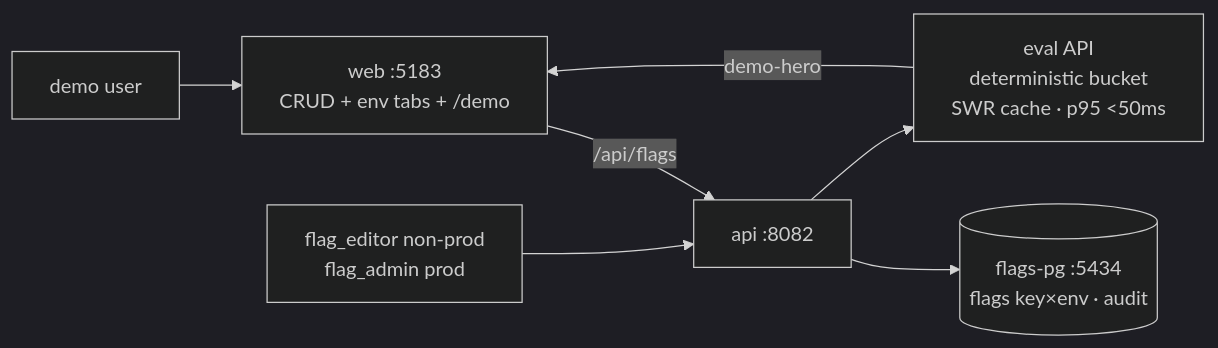
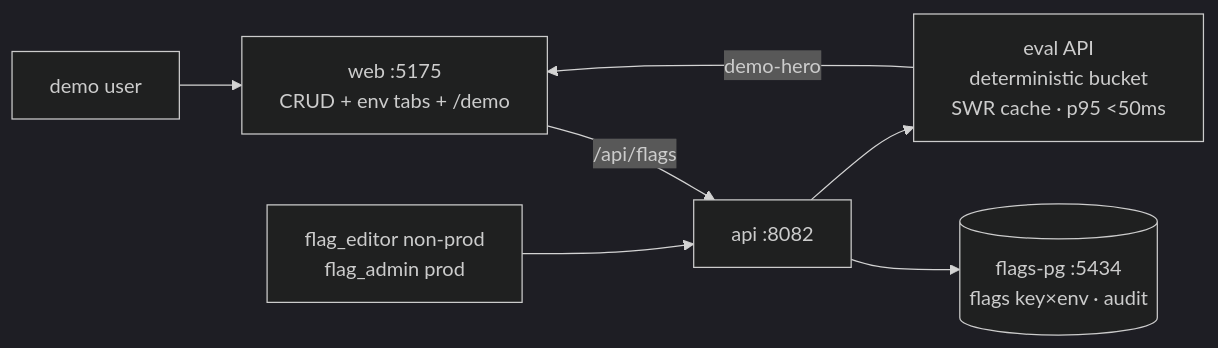
Before and after one commit to Kashyapa13/devin-projects: the fifth of 5 diagrams in internal-apps/README.md, drawn with Mermaid (dark theme). The commit also changed other lines of this file and 10 other files, not shown here.

````diff
--- a/internal-apps/README.md
+++ b/internal-apps/README.md
@@ -96,9 +96,9 @@
 ```mermaid
 flowchart LR
-    U[demo user] --> W[web :5183<br/>CRUD + env tabs + /demo]
+    U[demo user] --> W[web :5175<br/>CRUD + env tabs + /demo]
     W -->|/api/flags| A[api :8082]
     A --> DB[(flags-pg :5434<br/>flags key×env · audit)]
     A --> EV[eval API<br/>deterministic bucket<br/>SWR cache · p95 <50ms]
     EV -->|demo-hero| W
     RBAC[flag_editor non-prod<br/>flag_admin prod] --> A
 ```
````
